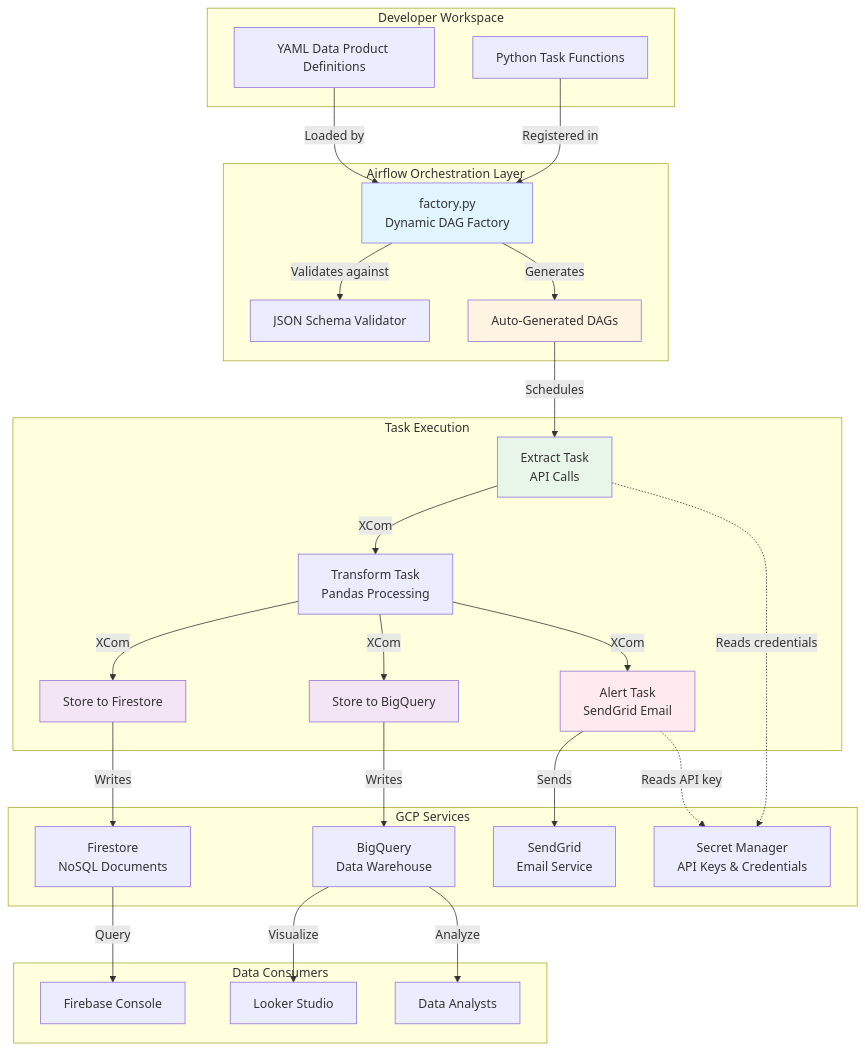
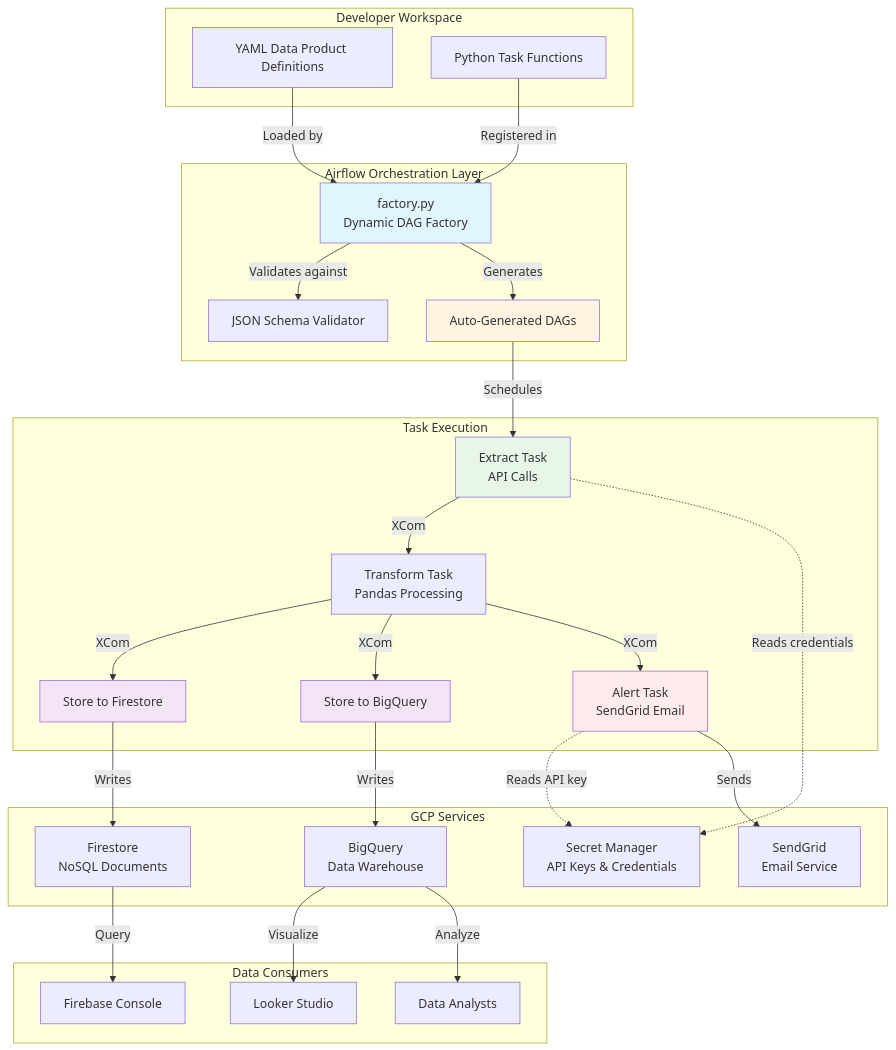
Before and after one commit to aldenirsrv/DATA_PRODUCT: the first of 2 diagrams in readme.md, drawn with Mermaid. The commit also changed other lines of this file, not shown here.

````diff
--- a/readme.md
+++ b/readme.md
@@ -64,61 +64,61 @@
 ```mermaid
 graph TB
     subgraph "Developer Workspace"
         YAML[YAML Data Product Definitions]
         CODE[Python Task Functions]
     end
 
     subgraph "Airflow Orchestration Layer"
         FACTORY[factory.py<br/>Dynamic DAG Factory]
         SCHEMA[JSON Schema Validator]
         DAG[Auto-Generated DAGs]
     end
 
     subgraph "Task Execution"
         EXTRACT[Extract Task<br/>API Calls]
         TRANSFORM[Transform Task<br/>Pandas Processing]
         STORE_FS[Store to Firestore]
         STORE_BQ[Store to BigQuery]
         ALERT[Alert Task<br/>SendGrid Email]
     end
 
     subgraph "GCP Services"
         SM[Secret Manager<br/>API Keys & Credentials]
         FS[Firestore<br/>NoSQL Documents]
         BQ[BigQuery<br/>Data Warehouse]
         SG[SendGrid<br/>Email Service]
     end
 
     subgraph "Data Consumers"
         CONSOLE[Firebase Console]
         LOOKER[Looker Studio]
         ANALYSTS[Data Analysts]
     end
 
     YAML -->|Loaded by| FACTORY
     CODE -->|Registered in| FACTORY
     FACTORY -->|Validates against| SCHEMA
     FACTORY -->|Generates| DAG
     DAG -->|Schedules| EXTRACT
     EXTRACT -->|XCom| TRANSFORM
     TRANSFORM -->|XCom| STORE_FS
     TRANSFORM -->|XCom| STORE_BQ
     TRANSFORM -->|XCom| ALERT
     
     EXTRACT -.->|Reads credentials| SM
     STORE_FS -->|Writes| FS
     STORE_BQ -->|Writes| BQ
+    ALERT -.->|Reads API key| SM
 	ALERT -->|Sends| SG
-    ALERT -.->|Reads API key| SM
     
     FS -->|Query| CONSOLE
     BQ -->|Visualize| LOOKER
     BQ -->|Analyze| ANALYSTS
 
     style FACTORY fill:#e1f5ff
     style DAG fill:#fff4e1
     style EXTRACT fill:#e8f5e9
     style STORE_FS fill:#f3e5f5
     style STORE_BQ fill:#f3e5f5
     style ALERT fill:#ffebee
 ```
````
